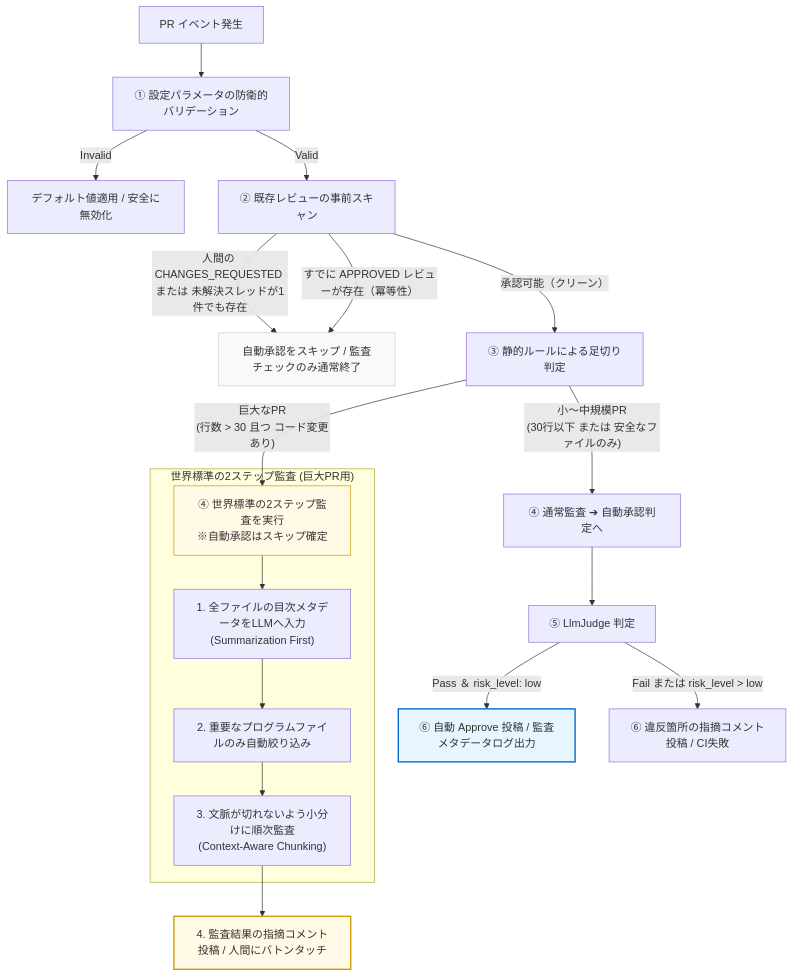
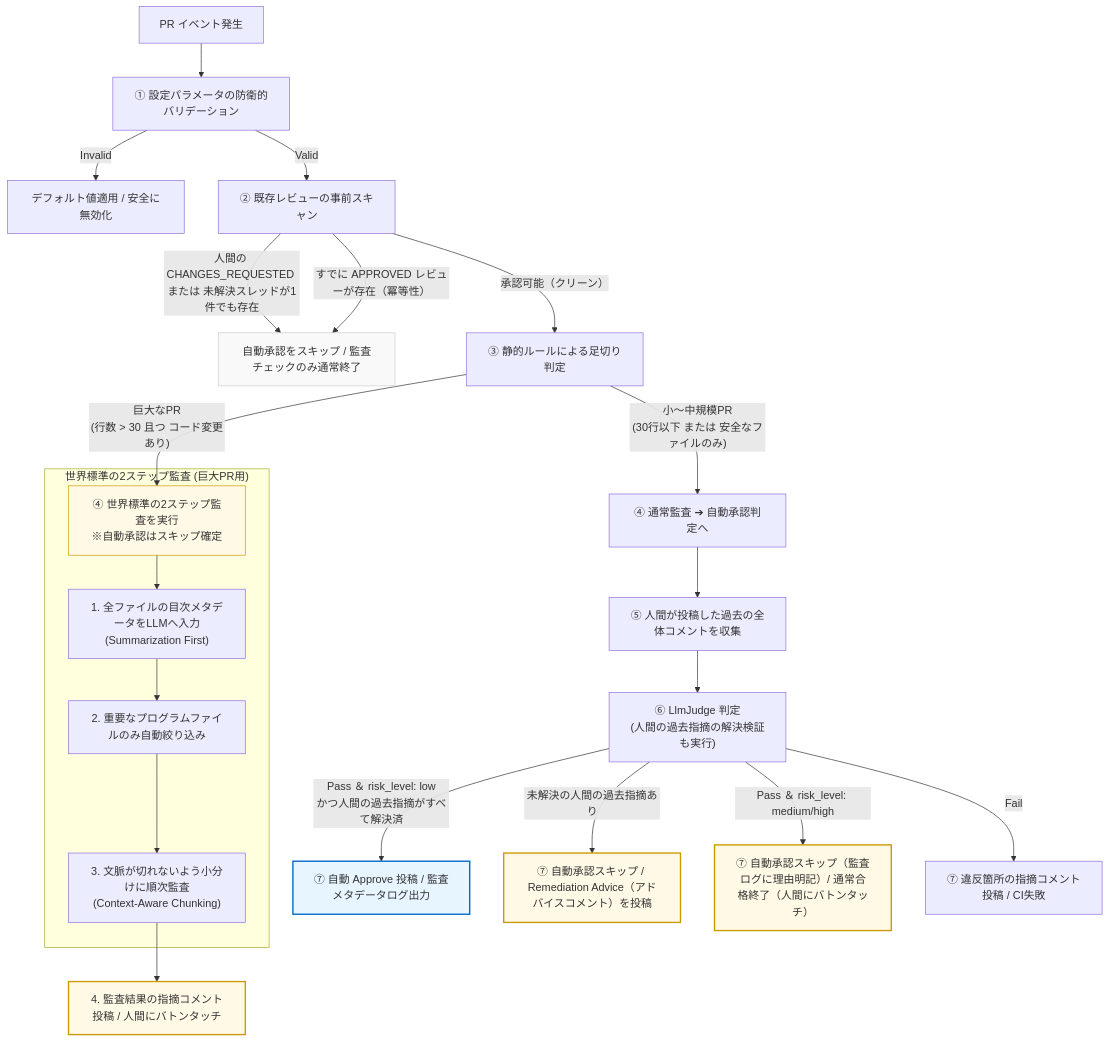
Before and after one commit to y-matsuo081991/ai-adr-enforcer: the first of 2 diagrams in docs/adr/012-hybrid-auto-approve-policy.md, drawn with Mermaid. The commit also changed other lines of this file and 9 other files, not shown here.

````diff
--- a/docs/adr/012-hybrid-auto-approve-policy.md
+++ b/docs/adr/012-hybrid-auto-approve-policy.md
@@ -85,30 +86,36 @@
 ```mermaid
 graph TD
     PR["PR イベント発生"] --> Validation["① 設定パラメータの防衛的バリデーション"]
     Validation -- Invalid --> Fallback["デフォルト値適用 / 安全に無効化"]
     Validation -- Valid --> ReviewScan["② 既存レビューの事前スキャン"]
     
     ReviewScan -- "人間の CHANGES_REQUESTED または 未解決スレッドが1件でも存在" --> Skip["自動承認をスキップ / 監査チェックのみ通常終了"]
     ReviewScan -- "すでに APPROVED レビューが存在（冪等性）" --> Skip
     ReviewScan -- "承認可能（クリーン）" --> StaticRule["③ 静的ルールによる足切り判定"]
     
     StaticRule -- "小〜中規模PR<br>(30行以下 または 安全なファイルのみ)" --> LlmNormal["④ 通常監査 ➔ 自動承認判定へ"]
     StaticRule -- "巨大なPR<br>(行数 > 30 且つ コード変更あり)" --> LlmSplit["④ 世界標準の2ステップ監査を実行<br>※自動承認はスキップ確定"]
     
     subgraph "世界標準の2ステップ監査 (巨大PR用)"
         LlmSplit --> Step1["1. 全ファイルの目次メタデータをLLMへ入力<br>(Summarization First)"]
         Step1 --> Step2["2. 重要なプログラムファイルのみ自動絞り込み"]
         Step2 --> Step3["3. 文脈が切れないよう小分けに順次監査<br>(Context-Aware Chunking)"]
     end
     
-    LlmNormal --> LlmJudge["⑤ LlmJudge 判定"]
-    LlmJudge -- "Pass ＆ risk_level: low" --> Approve["⑥ 自動 Approve 投稿 / 監査メタデータログ出力"]
-    LlmJudge -- "Fail または risk_level > low" --> Comment["⑥ 違反箇所の指摘コメント投稿 / CI失敗"]
+    LlmNormal --> HumanCommentCollect["⑤ 人間が投稿した過去の全体コメントを収集"]
+    HumanCommentCollect --> LlmJudge["⑥ LlmJudge 判定<br>(人間の過去指摘の解決検証も実行)"]
+    
+    LlmJudge -- "Pass ＆ risk_level: low<br>かつ人間の過去指摘がすべて解決済" --> Approve["⑦ 自動 Approve 投稿 / 監査メタデータログ出力"]
+    LlmJudge -- "未解決の人間の過去指摘あり" --> SkipAdvice["⑦ 自動承認スキップ / Remediation Advice（アドバイスコメント）を投稿"]
+    LlmJudge -- "Pass ＆ risk_level: medium/high" --> SkipRisk["⑦ 自動承認スキップ（監査ログに理由明記）/ 通常合格終了（人間にバトンタッチ）"]
+    LlmJudge -- "Fail" --> Comment["⑦ 違反箇所の指摘コメント投稿 / CI失敗"]
     
     Step3 --> StepFinish["4. 監査結果の指摘コメント投稿 / 人間にバトンタッチ"]
 
     style Skip fill:#f9f9f9,stroke:#ccc,stroke-width:1px
     style Approve fill:#e6f5ff,stroke:#0066cc,stroke-width:2px
     style StepFinish fill:#fff9e6,stroke:#cc9900,stroke-width:2px
     style LlmSplit fill:#fff9e6,stroke:#cc9900,stroke-width:1px
+    style SkipAdvice fill:#fff9e6,stroke:#cc9900,stroke-width:2px
+    style SkipRisk fill:#fff9e6,stroke:#cc9900,stroke-width:2px
 ```
````
